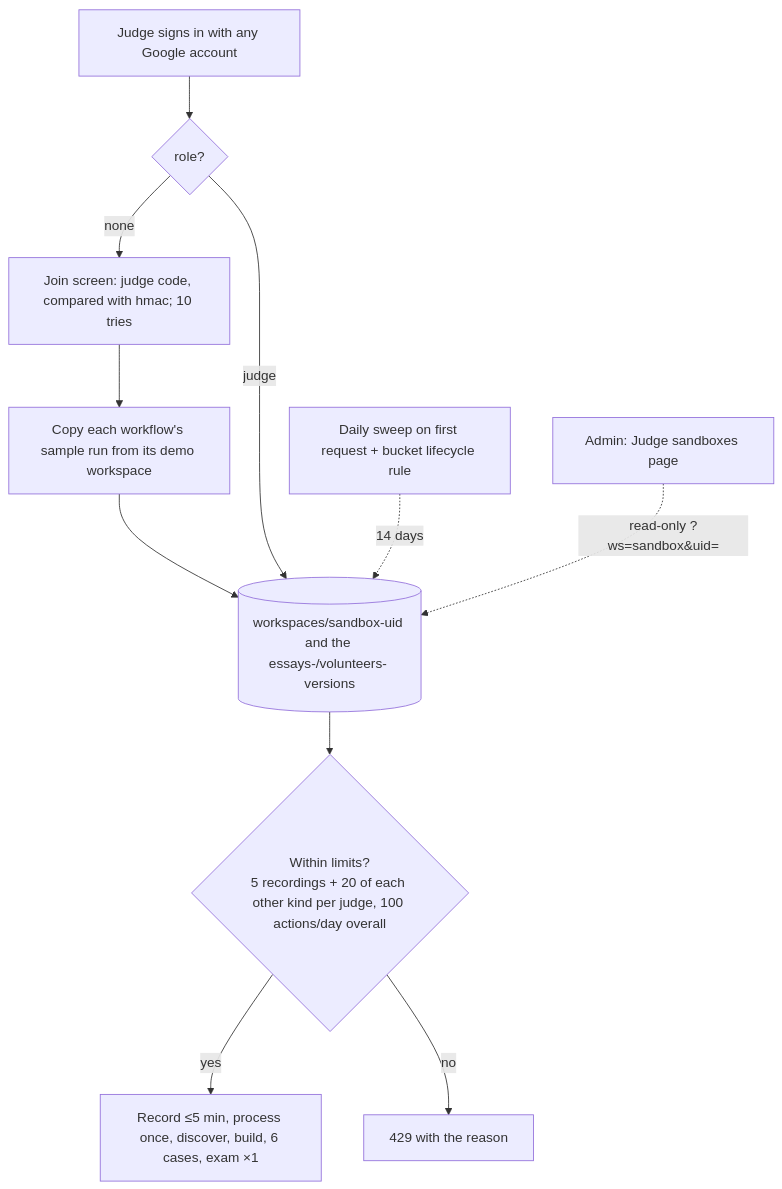
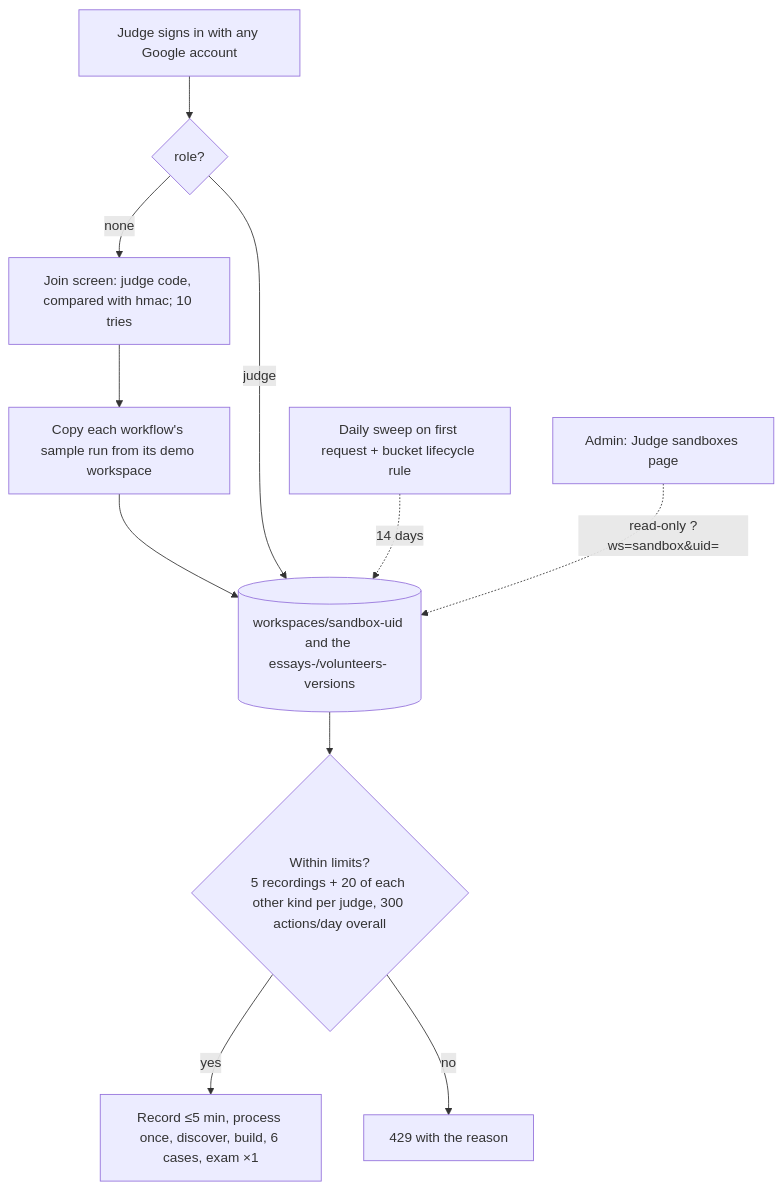
Before and after one commit to saikosis/apprentice-agent: the eighth of 8 diagrams in docs/ARCHITECTURE.md, drawn with Mermaid. The commit also changed 6 other files, not shown here.

`````diff
--- a/docs/ARCHITECTURE.md
+++ b/docs/ARCHITECTURE.md
@@ -229,13 +229,13 @@
 ````mermaid
 flowchart TD
   J[Judge signs in with any Google account] --> R{role?}
   R -- none --> JC[Join screen: judge code, compared with hmac; 10 tries]
   JC --> CP[Copy each workflow's sample run from its demo workspace]
   CP --> W[(workspaces/sandbox-uid and the essays-/volunteers- versions)]
   R -- judge --> W
-  W --> LIM{Within limits?<br/>5 recordings + 20 of each other kind per judge, 100 actions/day overall}
+  W --> LIM{Within limits?<br/>5 recordings + 20 of each other kind per judge, 300 actions/day overall}
   LIM -- yes --> RUN[Record ≤5 min, process once, discover, build, 6 cases, exam ×1]
   LIM -- no --> E429[429 with the reason]
   SW[Daily sweep on first request + bucket lifecycle rule] -. 14 days .-> W
   A[Admin: Judge sandboxes page] -. read-only ?ws=sandbox&uid= .-> W
 ````
`````
